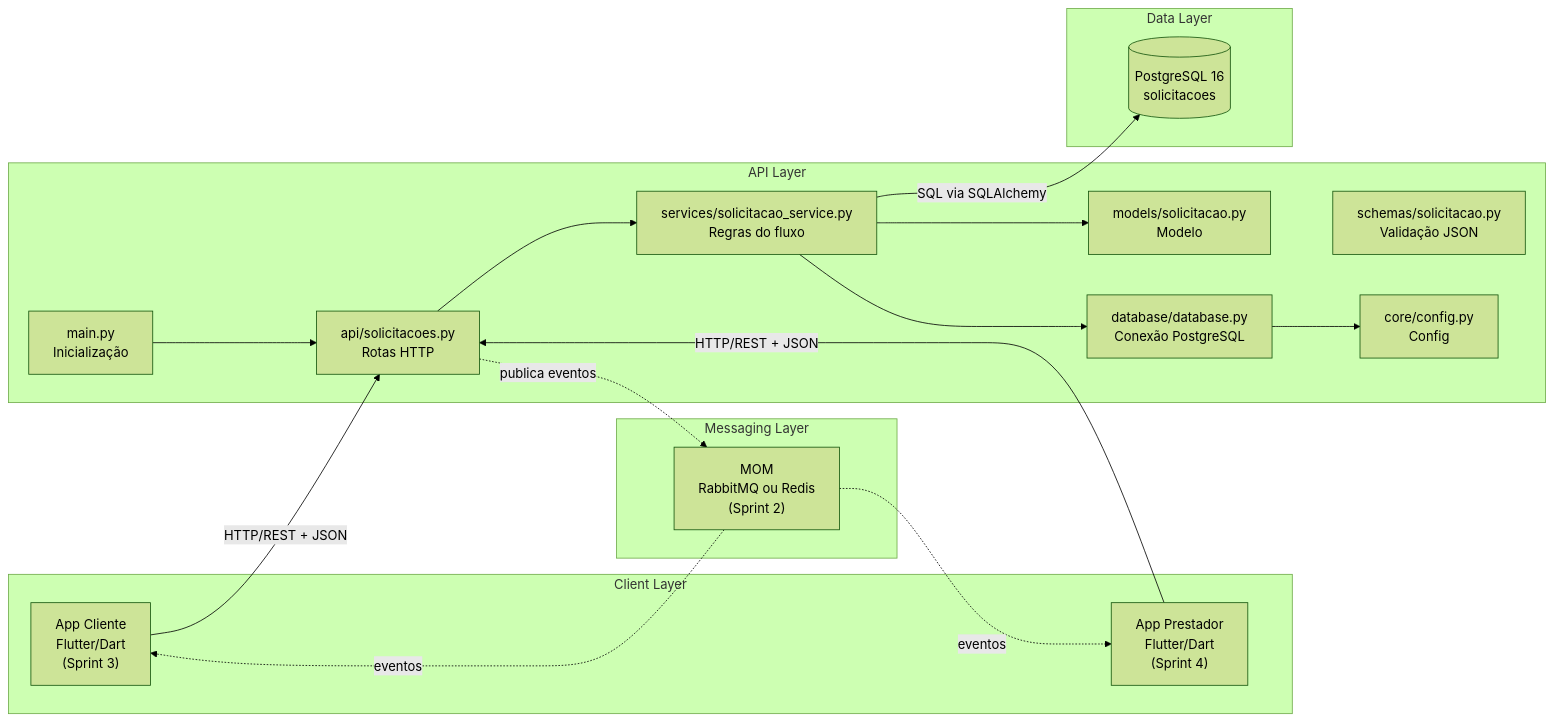
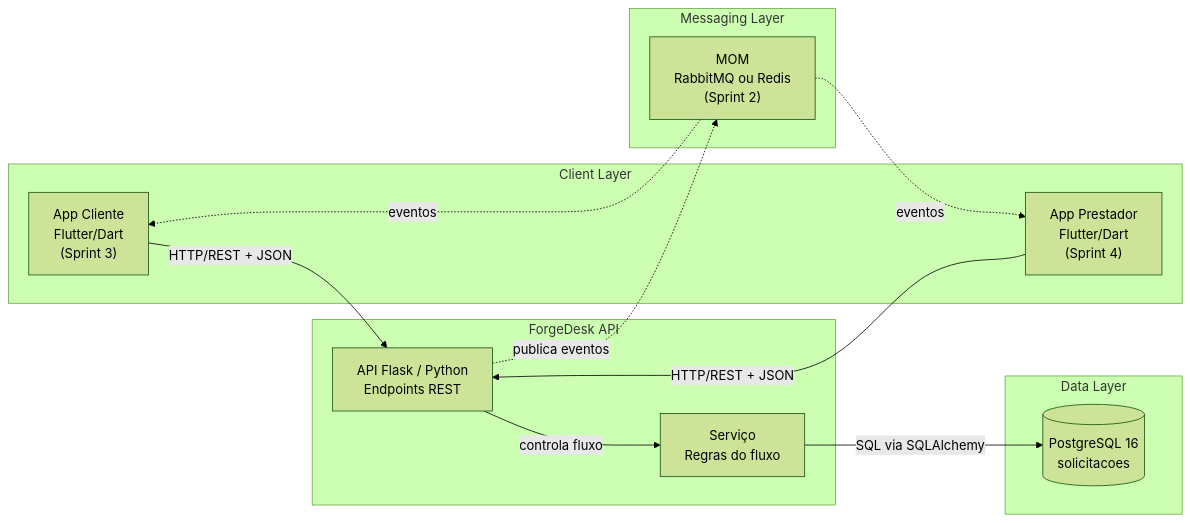
The diagram in Docs/diagrama-arquitetura.md (tulio44/ForgeDesk), drawn with Mermaid (forest theme) before and after one commit.

Commit message:
diagrama arquitetural reorganizado

````diff
--- a/Docs/diagrama-arquitetura.md
+++ b/Docs/diagrama-arquitetura.md
@@ -14,40 +14,29 @@
 ```mermaid
 flowchart LR
     subgraph "Client Layer"
         CLIENTE["App Cliente<br/>Flutter/Dart<br/>(Sprint 3)"]
         PRESTADOR["App Prestador<br/>Flutter/Dart<br/>(Sprint 4)"]
     end
 
-    subgraph "API Layer"
-        MAIN["main.py<br/>Inicialização"]
-        API["api/solicitacoes.py<br/>Rotas HTTP"]
-        SERVICE["services/solicitacao_service.py<br/>Regras do fluxo"]
-        SCHEMA["schemas/solicitacao.py<br/>Validação JSON"]
-        MODEL["models/solicitacao.py<br/>Modelo"]
-        DATABASE["database/database.py<br/>Conexão PostgreSQL"]
-        CONFIG["core/config.py<br/>Config"]
+    subgraph "ForgeDesk API"
+        API["API Flask / Python<br/>Endpoints REST"]
+        SERVICE["Serviço<br/>Regras do fluxo"]
     end
 
     subgraph "Data Layer"
         DB[("PostgreSQL 16<br/>solicitacoes")]
     end
 
     subgraph "Messaging Layer"
         MOM["MOM<br/>RabbitMQ ou Redis<br/>(Sprint 2)"]
     end
 
     CLIENTE -->|"HTTP/REST + JSON"| API
     PRESTADOR -->|"HTTP/REST + JSON"| API
 
-    API --> SERVICE
-    SERVICE --> MODEL
-    SERVICE --> DATABASE
-    DATABASE --> CONFIG
+    API -->|"controla fluxo"| SERVICE
     SERVICE -->|"SQL via SQLAlchemy"| DB
-
     API -.->|"publica eventos"| MOM
     MOM -.->|"eventos"| PRESTADOR
     MOM -.->|"eventos"| CLIENTE
-
-    MAIN --> API
 ```
````
